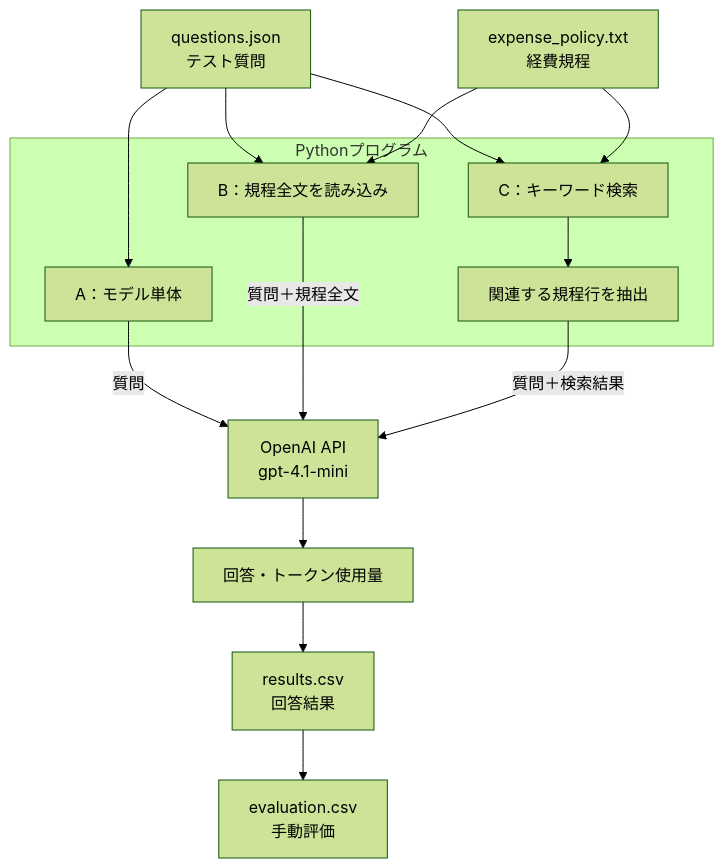
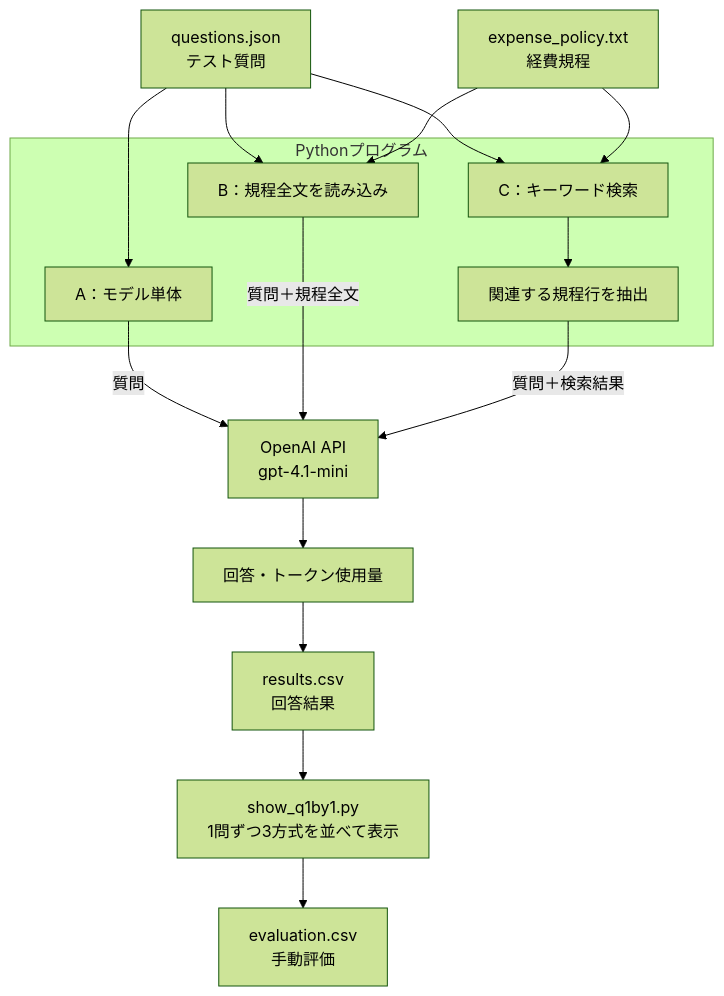
The diagram in docs/architecture.md (Junko-MandN/1day-expense-faq-rag-eval), drawn with Mermaid (forest theme) before and after one commit. The commit also changed other lines of this file, not shown here.

````diff
--- a/docs/architecture.md
+++ b/docs/architecture.md
@@ -5,27 +5,29 @@
 ```mermaid
 flowchart TD
     Q["questions.json<br/>テスト質問"]
     P["expense_policy.txt<br/>経費規程"]
     subgraph PY["Pythonプログラム"]
         A["A：モデル単体"]
         B["B：規程全文を読み込み"]
         C["C：キーワード検索"]
         R["関連する規程行を抽出"]
     end
     API["OpenAI API<br/>gpt-4.1-mini"]
     OUT["回答・トークン使用量"]
     RES["results.csv<br/>回答結果"]
+    VIEW["show_q1by1.py<br/>1問ずつ3方式を並べて表示"]
     EVAL["evaluation.csv<br/>手動評価"]
     Q --> A
     Q --> B
     Q --> C
     P --> B
     P --> C
     C --> R
     A -->|"質問"| API
     B -->|"質問＋規程全文"| API
     R -->|"質問＋検索結果"| API
     API --> OUT
     OUT --> RES
-    RES --> EVAL
+    RES --> VIEW
+    VIEW --> EVAL
 ```
````
